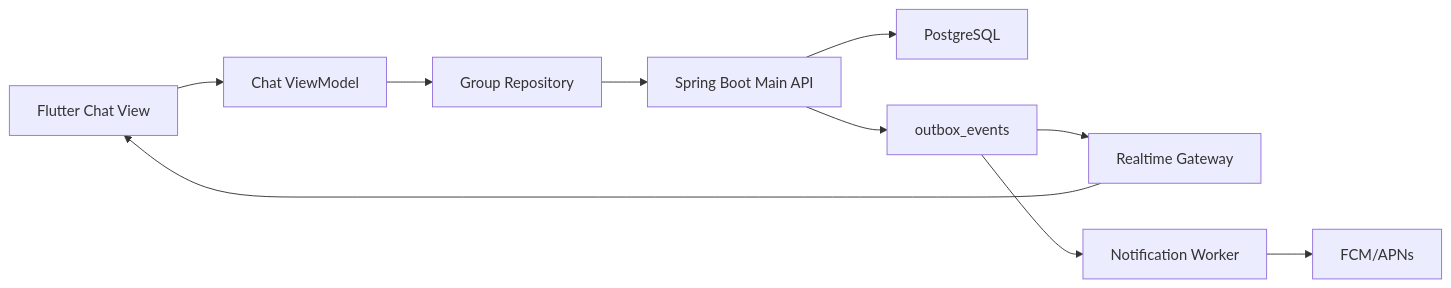
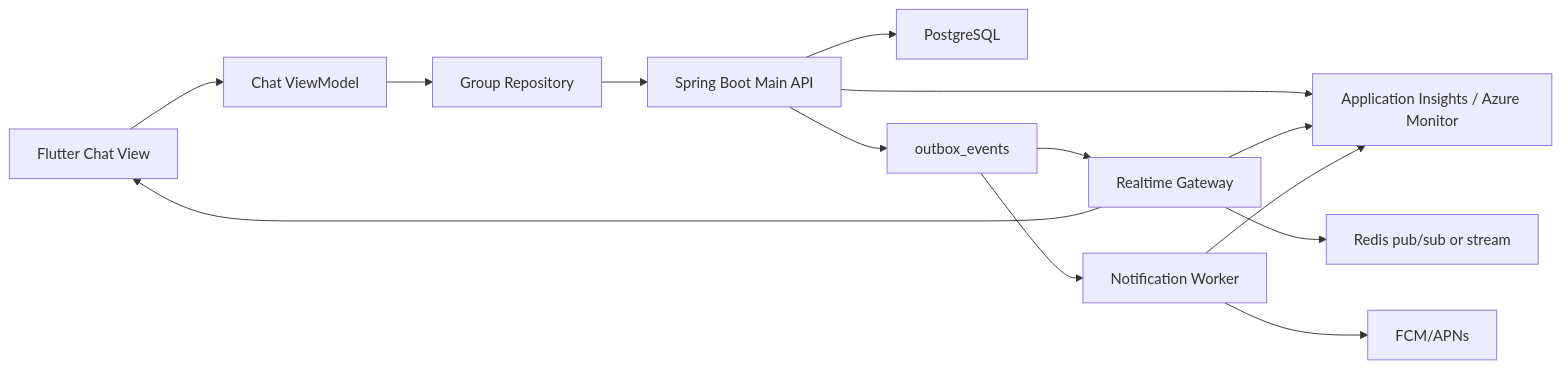
Before and after one commit to Onieum/ONMU: the diagram in docs/architecture/chat-activity-architecture.md, drawn with Mermaid. The commit also changed other lines of this file and 8 other files, not shown here.

````diff
--- a/docs/architecture/chat-activity-architecture.md
+++ b/docs/architecture/chat-activity-architecture.md
@@ -69,22 +104,28 @@
 ```mermaid
 flowchart LR
     app["Flutter Chat View"]
     vm["Chat ViewModel"]
     repo["Group Repository"]
     api["Spring Boot Main API"]
     db["PostgreSQL"]
     outbox["outbox_events"]
     realtime["Realtime Gateway"]
+    redis["Redis pub/sub or stream"]
     notification["Notification Worker"]
     push["FCM/APNs"]
+    monitor["Application Insights / Azure Monitor"]
 
     app --> vm
     vm --> repo
     repo --> api
     api --> db
     api --> outbox
     outbox --> realtime
+    realtime --> redis
+    realtime --> app
     outbox --> notification
-    realtime --> app
     notification --> push
+    api --> monitor
+    realtime --> monitor
+    notification --> monitor
 ```
````
